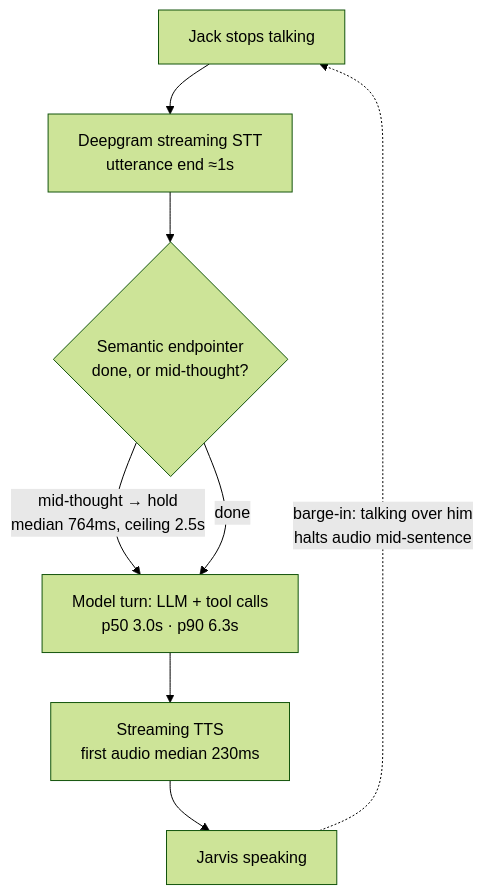
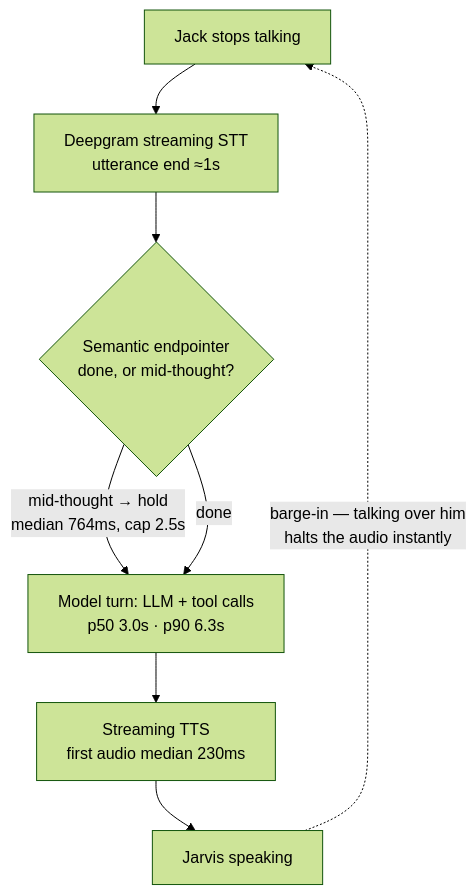
One commit to StovBuilds/jarvis-architecture changed the third of 4 diagrams in README.md. Above: the diagram before and after it, drawn with Mermaid (forest theme).

Commit message:
docs: tighten voice-turn diagram edge labels for render wrap
Claude-Session: https://claude.ai/code/session_013XH1KHjQUVfWUkY3cbpWNe

````diff
--- a/README.md
+++ b/README.md
@@ -131,10 +131,10 @@
 ```mermaid
 flowchart TB
     A[Jack stops talking] --> B[Deepgram streaming STT<br/>utterance end ≈1s]
     B --> C{Semantic endpointer<br/>done, or mid-thought?}
-    C -- "mid-thought → hold<br/>median 764ms, ceiling 2.5s" --> D
+    C -- "mid-thought → hold<br/>median 764ms, cap 2.5s" --> D
     C -- done --> D[Model turn: LLM + tool calls<br/>p50 3.0s · p90 6.3s]
     D --> E[Streaming TTS<br/>first audio median 230ms]
     E --> F[Jarvis speaking]
-    F -. "barge-in: talking over him<br/>halts audio mid-sentence" .-> A
+    F -. "barge-in — talking over him<br/>halts the audio instantly" .-> A
 ```
````
